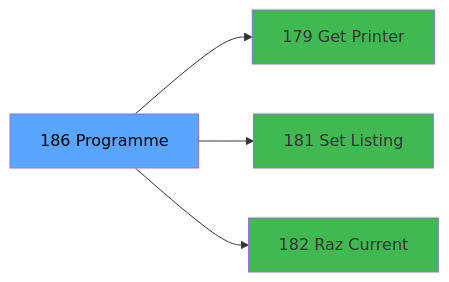
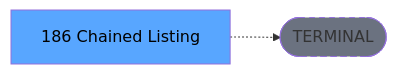
One commit to thonyAGP/lecteur-magic changed the third of 3 diagrams in .openspec/renders/ADH-IDE-186.md. Above: the diagram before and after it, drawn with Mermaid. The commit also changed other lines of this file and 701 other files, not shown here.

````diff
--- a/.openspec/renders/ADH-IDE-186.md
+++ b/.openspec/renders/ADH-IDE-186.md
@@ -140,14 +134,8 @@
 ```mermaid
 graph LR
-    T[186 Programme]
-    C179[179 Get Printer]
-    T --> C179
-    C181[181 Set Listing ]
-    T --> C181
-    C182[182 Raz Current ]
-    T --> C182
+    T[186 Chained Listing]
+    TERM([TERMINAL])
+    T -.-> TERM
+    style TERM fill:#6b7280,stroke-dasharray: 5 5
     style T fill:#58a6ff,color:#000
-    style C179 fill:#3fb950
-    style C181 fill:#3fb950
-    style C182 fill:#3fb950
 ```
````
